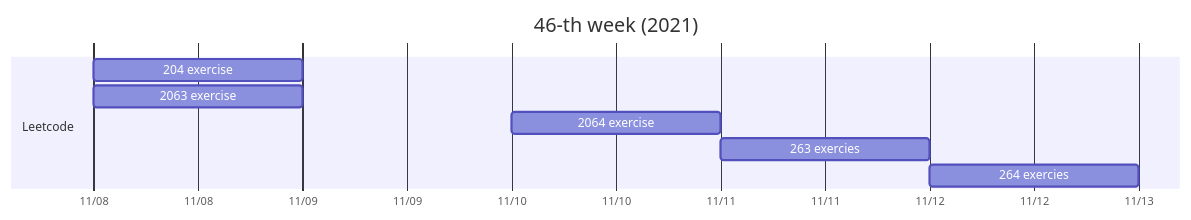
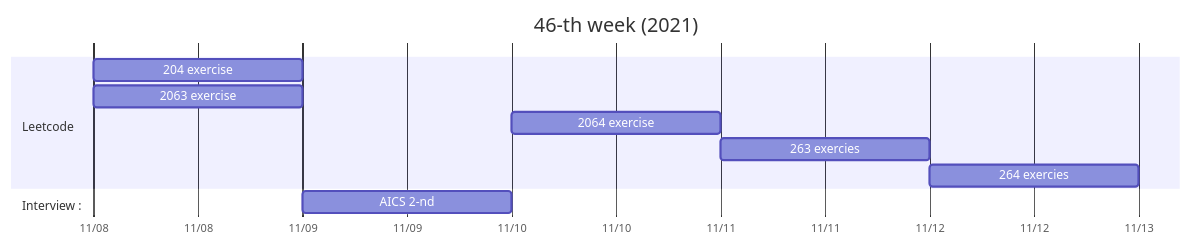
Before and after one commit to michaelmoju/allenyummy.github.io: the diagram in _posts/2021-11-08-46th-weekly-progress.md, drawn with Mermaid.

Commit message:
[modified] 2021-11-08-46th-weekly-progress

````diff
--- a/_posts/2021-11-08-46th-weekly-progress.md
+++ b/_posts/2021-11-08-46th-weekly-progress.md
@@ -43,14 +43,17 @@
 ```mermaid
 gantt
     title 46-th week (2021)
     dateFormat  YYYY-MM-DD
     axisFormat  %m/%d
 
     section Leetcode
     204 exercise      :         L1, 2021-11-08, 1d
     2063 exercise     :         L2, 2021-11-08, 1d
     2064 exercise     :         L3, 2021-11-10, 1d
     263 exercies      :         L4, 2021-11-11, 1d
     264 exercies      :         L5, 2021-11-12, 1d
 
+    section Interview :
+    AICS 2-nd         :         I1, 2021-11-09, 1d
+
 ```
````
